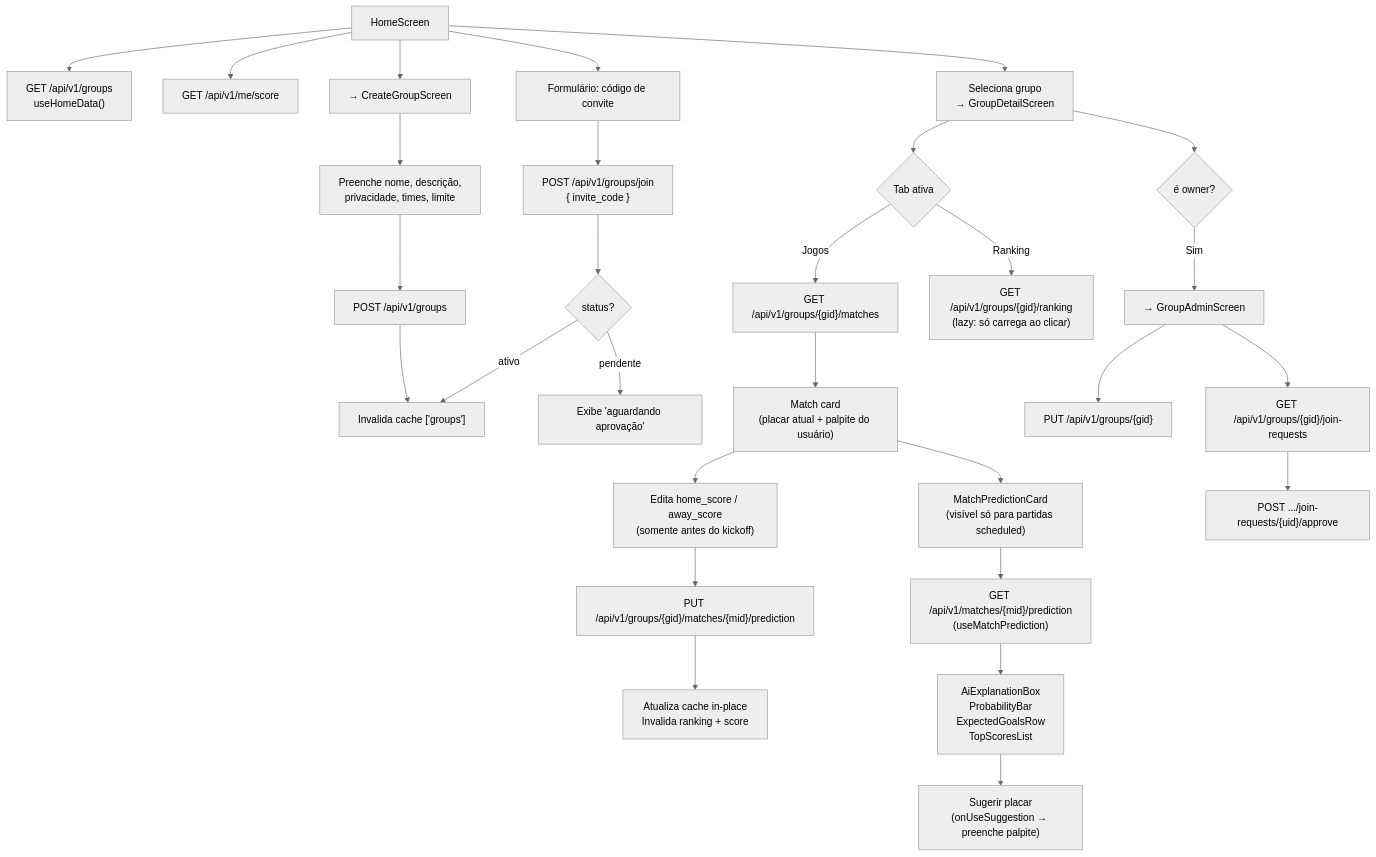
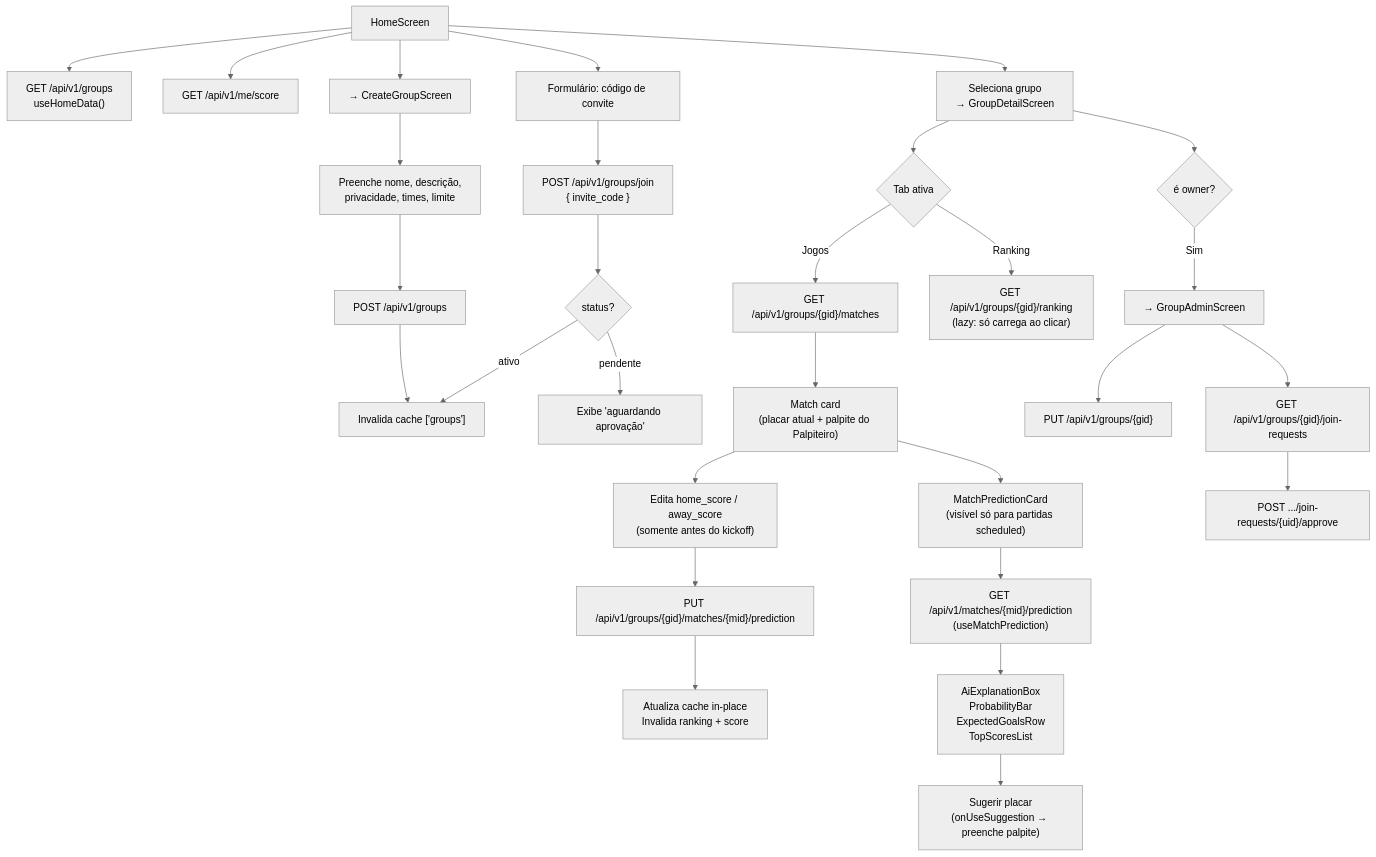
The fourth of 8 diagrams in docs/frontend/fluxo.md (GabrieleGVieira/palpite), drawn with Mermaid (neutral theme) before and after one commit. The commit also changed other lines of this file and 82 other files, not shown here.

````diff
--- a/docs/frontend/fluxo.md
+++ b/docs/frontend/fluxo.md
@@ -106,38 +106,38 @@
 ```mermaid
 flowchart TD
     HOME["HomeScreen"] --> FETCH_GROUPS["GET /api/v1/groups\nuseHomeData()"]
     HOME --> FETCH_SCORE["GET /api/v1/me/score"]
 
     HOME --> JOIN_FORM["Formulário: código de convite"]
     JOIN_FORM --> DO_JOIN["POST /api/v1/groups/join\n{ invite_code }"]
     DO_JOIN --> JOIN_RESULT{"status?"}
     JOIN_RESULT -- "ativo" --> INVAL_GROUPS["Invalida cache ['groups']"]
     JOIN_RESULT -- "pendente" --> MSG["Exibe 'aguardando aprovação'"]
 
     HOME --> GO_CREATE["→ CreateGroupScreen"]
     GO_CREATE --> FORM_CREATE["Preenche nome, descrição,\nprivacidade, times, limite"]
     FORM_CREATE --> DO_CREATE["POST /api/v1/groups"]
     DO_CREATE --> INVAL_GROUPS
 
     HOME --> SELECT_GROUP["Seleciona grupo\n→ GroupDetailScreen"]
 
     SELECT_GROUP --> TABS{"Tab ativa"}
     TABS -- "Jogos" --> MATCHES["GET /api/v1/groups/{gid}/matches"]
     TABS -- "Ranking" --> RANKING["GET /api/v1/groups/{gid}/ranking\n(lazy: só carrega ao clicar)"]
 
-    MATCHES --> CARD["Match card\n(placar atual + palpite do usuário)"]
+    MATCHES --> CARD["Match card\n(placar atual + palpite do Palpiteiro)"]
     CARD --> EDIT_PRED["Edita home_score / away_score\n(somente antes do kickoff)"]
     EDIT_PRED --> SAVE_PRED["PUT /api/v1/groups/{gid}/matches/{mid}/prediction"]
     SAVE_PRED --> UPDATE_CACHE["Atualiza cache in-place\nInvalida ranking + score"]
 
     CARD --> AI_PRED["MatchPredictionCard\n(visível só para partidas scheduled)"]
     AI_PRED --> FETCH_PRED["GET /api/v1/matches/{mid}/prediction\n(useMatchPrediction)"]
     FETCH_PRED --> AI_BOX["AiExplanationBox\nProbabilityBar\nExpectedGoalsRow\nTopScoresList"]
     AI_BOX --> SUGGEST["Sugerir placar\n(onUseSuggestion → preenche palpite)"]
 
     SELECT_GROUP --> IS_OWNER{"é owner?"}
     IS_OWNER -- Sim --> ADMIN_BTN["→ GroupAdminScreen"]
     ADMIN_BTN --> EDIT_GROUP["PUT /api/v1/groups/{gid}"]
     ADMIN_BTN --> REQUESTS["GET /api/v1/groups/{gid}/join-requests"]
     REQUESTS --> APPROVE["POST .../join-requests/{uid}/approve"]
 ```
````
